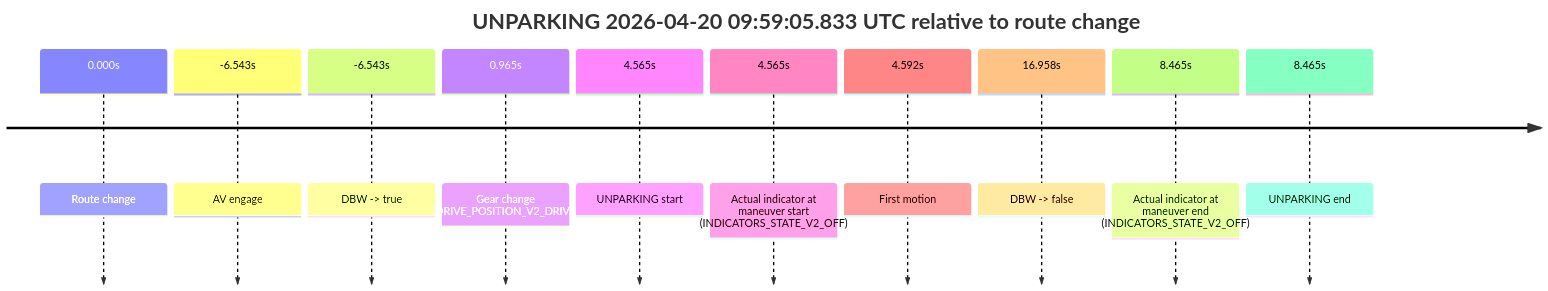
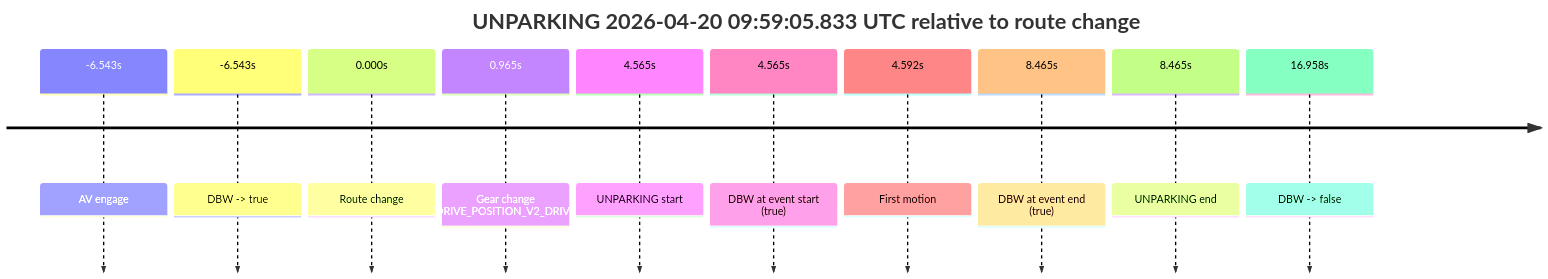
Before and after one commit to yoelshapiro/vault: the second of 2 diagrams in model_analysis/report_cards/2026/04/Week-4/fme20018--2026-04-20--09-00-37--gen2-av-9d3948fe-361b-43bf-ba1a-bcfeb17f087f.md, drawn with Mermaid. The commit also changed other lines of this file and 85 other files, not shown here.

````diff
--- a/model_analysis/report_cards/2026/04/Week-4/fme20018--2026-04-20--09-00-37--gen2-av-9d3948fe-361b-43bf-ba1a-bcfeb17f087f.md
+++ b/model_analysis/report_cards/2026/04/Week-4/fme20018--2026-04-20--09-00-37--gen2-av-9d3948fe-361b-43bf-ba1a-bcfeb17f087f.md
@@ -129,14 +130,14 @@
 ```mermaid
 timeline
     title UNPARKING 2026-04-20 09:59:05.833 UTC relative to route change
-    0.000s : Route change
     -6.543s : AV engage
     -6.543s : DBW -> true
+    0.000s : Route change
     0.965s : Gear change (DRIVE_POSITION_V2_DRIVE)
     4.565s : UNPARKING start
-    4.565s : Actual indicator at maneuver start (INDICATORS_STATE_V2_OFF)
+    4.565s : DBW at event start (true)
     4.592s : First motion
+    8.465s : DBW at event end (true)
+    8.465s : UNPARKING end
     16.958s : DBW -> false
-    8.465s : Actual indicator at maneuver end (INDICATORS_STATE_V2_OFF)
-    8.465s : UNPARKING end
 ```
````
